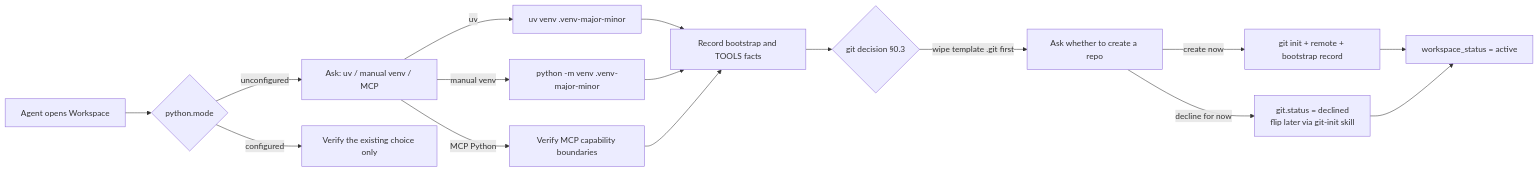
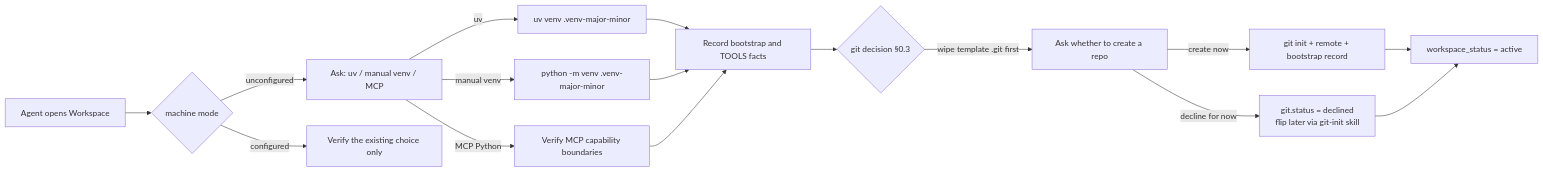
Before and after one commit to KinoluKaslana/WorkspaceTemplate: the diagram in README_EN.md, drawn with Mermaid. The commit also changed other lines of this file and 15 other files, not shown here.

Commit message:
feat(state): python.mode 下沉本机状态 + bootstrap.workspace_id（R2/R8/R12/R46 + 读写方双兼容）

````diff
--- a/README_EN.md
+++ b/README_EN.md
@@ -101,18 +101,18 @@
 ```mermaid
 flowchart LR
-    A[Agent opens Workspace] --> B{python.mode}
+    A[Agent opens Workspace] --> B{machine mode}
     B -->|unconfigured| C[Ask: uv / manual venv / MCP]
     C -->|uv| D1[uv venv .venv-major-minor]
     C -->|manual venv| D2[python -m venv .venv-major-minor]
     C -->|MCP Python| E[Verify MCP capability boundaries]
     D1 --> F[Record bootstrap and TOOLS facts]
     D2 --> F
     E --> F
     F --> G{git decision §0.3}
     G -->|wipe template .git first| H[Ask whether to create a repo]
     H -->|create now| I[git init + remote + bootstrap record]
     H -->|decline for now| J[git.status = declined<br>flip later via git-init skill]
     I --> K[workspace_status = active]
     J --> K
     B -->|configured| L[Verify the existing choice only]
 ```
````
